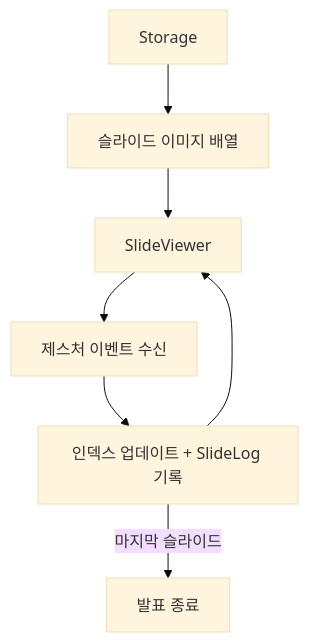
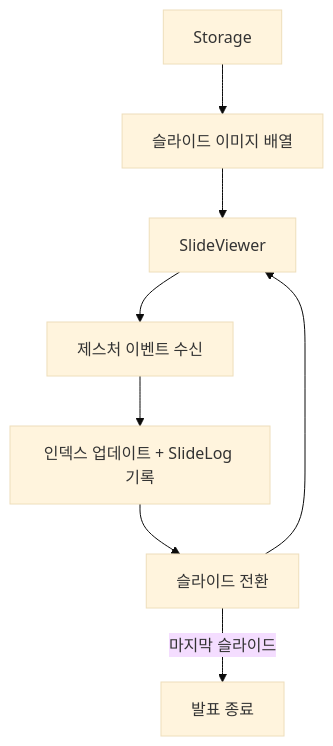
One commit to aikian/presentation changed the second of 2 diagrams in DSD.md. Above: the diagram before and after it, drawn with Mermaid (base theme). The commit also changed other lines of this file, not shown here.

````diff
--- a/DSD.md
+++ b/DSD.md
@@ -396,9 +394,10 @@
 ```mermaid
 flowchart TD
     A[Storage] --> B[슬라이드 이미지 배열]
     B --> C[SlideViewer]
     C --> D[제스처 이벤트 수신]
     D --> E[인덱스 업데이트 + SlideLog 기록]
-    E --> C
-    E --> |마지막 슬라이드| F[발표 종료]
+    E --> F[슬라이드 전환]
+    F --> C
+    F --> |마지막 슬라이드| G[발표 종료]
 ```
````
